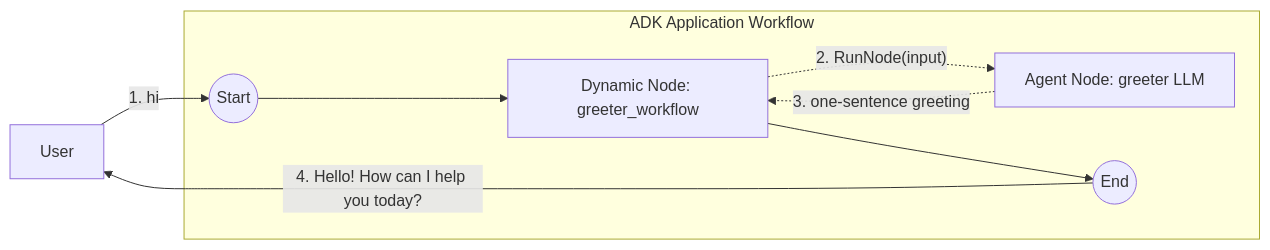
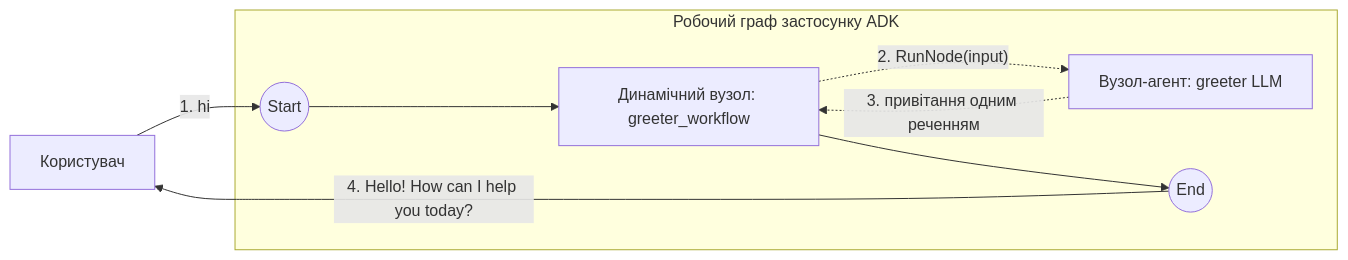
One commit to EugeneZaharchenko/ai-ae-labs changed the diagram in demo/4_adk_examples/dynamic/llm/README.md. Above: the diagram before and after it, drawn with Mermaid. The commit also changed other lines of this file and 23 other files, not shown here.

````diff
--- a/demo/4_adk_examples/dynamic/llm/README.md
+++ b/demo/4_adk_examples/dynamic/llm/README.md
@@ -29,12 +27,12 @@
 ```mermaid
 graph LR
-    User[User]
-    subgraph "ADK Application Workflow"
-        Start((Start)) --> D[Dynamic Node: greeter_workflow]
-        D -.->|"2. RunNode(input)"| G[Agent Node: greeter LLM]
-        G -.->|"3. one-sentence greeting"| D
+    User[Користувач]
+    subgraph "Робочий граф застосунку ADK"
+        Start((Start)) --> D[Динамічний вузол: greeter_workflow]
+        D -.->|"2. RunNode(input)"| G[Вузол-агент: greeter LLM]
+        G -.->|"3. привітання одним реченням"| D
         D --> End((End))
     end
     User -- "1. hi" --> Start
     End -- "4. Hello! How can I help you today?" --> User
 ```
````
